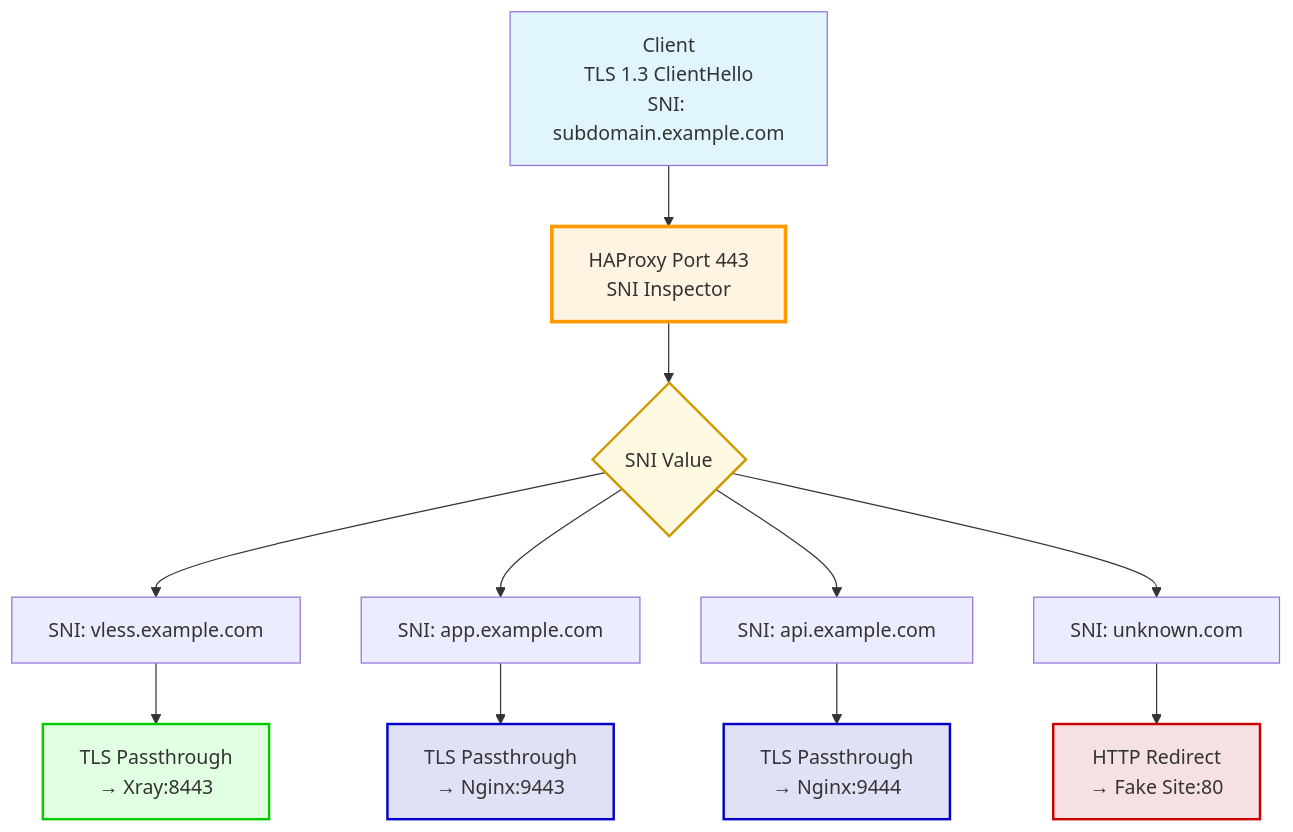
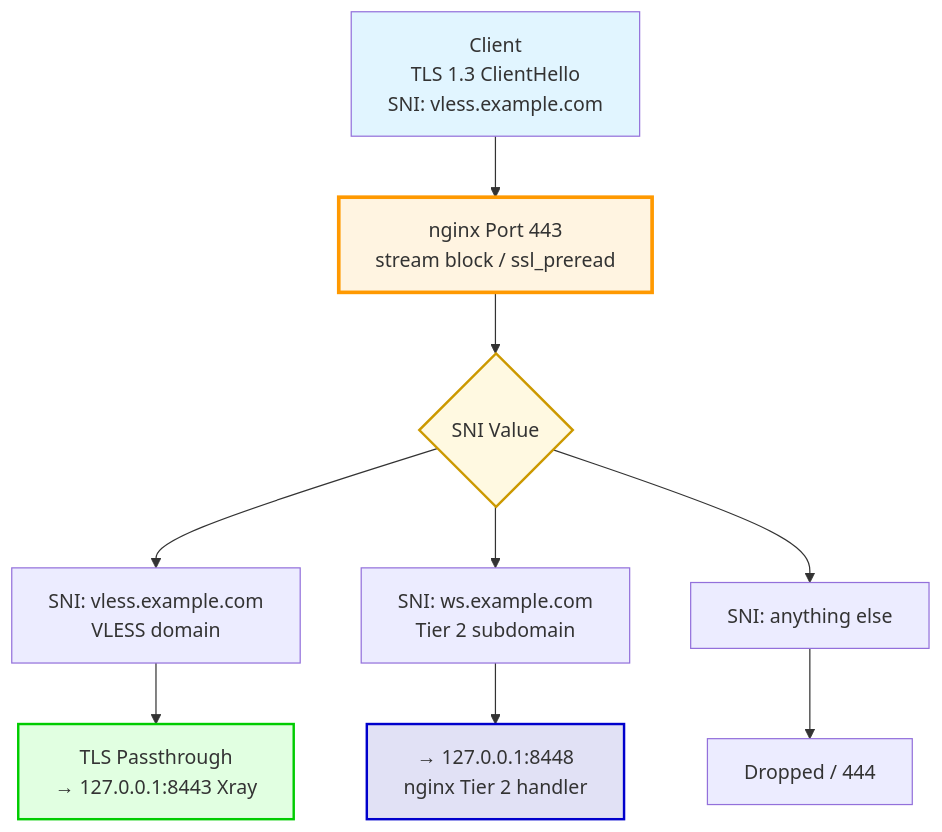
Before and after one commit to ikeniborn/vless: the second of 5 diagrams in docs/architecture/diagrams/deployment/port-mapping.md, drawn with Mermaid. The commit also changed other lines of this file and 24 other files, not shown here.

````diff
--- a/docs/architecture/diagrams/deployment/port-mapping.md
+++ b/docs/architecture/diagrams/deployment/port-mapping.md
@@ -132,38 +113,32 @@
 ```mermaid
 graph TB
-    Client[Client<br/>TLS 1.3 ClientHello<br/>SNI: subdomain.example.com]
-    HAProxy443[HAProxy Port 443<br/>SNI Inspector]
+    Client[Client<br/>TLS 1.3 ClientHello<br/>SNI: vless.example.com]
+    NginxStream[nginx Port 443<br/>stream block / ssl_preread]
 
     Decision{SNI Value}
 
-    VLESS[SNI: vless.example.com]
-    App[SNI: app.example.com]
-    API[SNI: api.example.com]
-    Unknown[SNI: unknown.com]
+    VLESS[SNI: vless.example.com<br/>VLESS domain]
+    Tier2[SNI: ws.example.com<br/>Tier 2 subdomain]
+    Unknown[SNI: anything else]
 
-    RouteXray[TLS Passthrough<br/>→ Xray:8443]
-    RouteNginxApp[TLS Passthrough<br/>→ Nginx:9443]
-    RouteNginxAPI[TLS Passthrough<br/>→ Nginx:9444]
-    RouteFake[HTTP Redirect<br/>→ Fake Site:80]
+    RouteXray[TLS Passthrough<br/>→ 127.0.0.1:8443 Xray]
+    RouteTier2[→ 127.0.0.1:8448<br/>nginx Tier 2 handler]
+    RouteDrop[Dropped / 444]
 
-    Client --> HAProxy443
-    HAProxy443 --> Decision
+    Client --> NginxStream
+    NginxStream --> Decision
 
     Decision --> VLESS
-    Decision --> App
-    Decision --> API
+    Decision --> Tier2
     Decision --> Unknown
 
     VLESS --> RouteXray
-    App --> RouteNginxApp
-    API --> RouteNginxAPI
-    Unknown --> RouteFake
+    Tier2 --> RouteTier2
+    Unknown --> RouteDrop
 
     style Client fill:#e1f5ff
-    style HAProxy443 fill:#fff4e1,stroke:#ff9900,stroke-width:3px
+    style NginxStream fill:#fff4e1,stroke:#ff9900,stroke-width:3px
     style Decision fill:#fff9e1,stroke:#cc9900,stroke-width:2px
     style RouteXray fill:#e1ffe1,stroke:#00cc00,stroke-width:2px
-    style RouteNginxApp fill:#e1e1f5,stroke:#0000cc,stroke-width:2px
-    style RouteNginxAPI fill:#e1e1f5,stroke:#0000cc,stroke-width:2px
-    style RouteFake fill:#f5e1e1,stroke:#cc0000,stroke-width:2px
+    style RouteTier2 fill:#e1e1f5,stroke:#0000cc,stroke-width:2px
 ```
````
